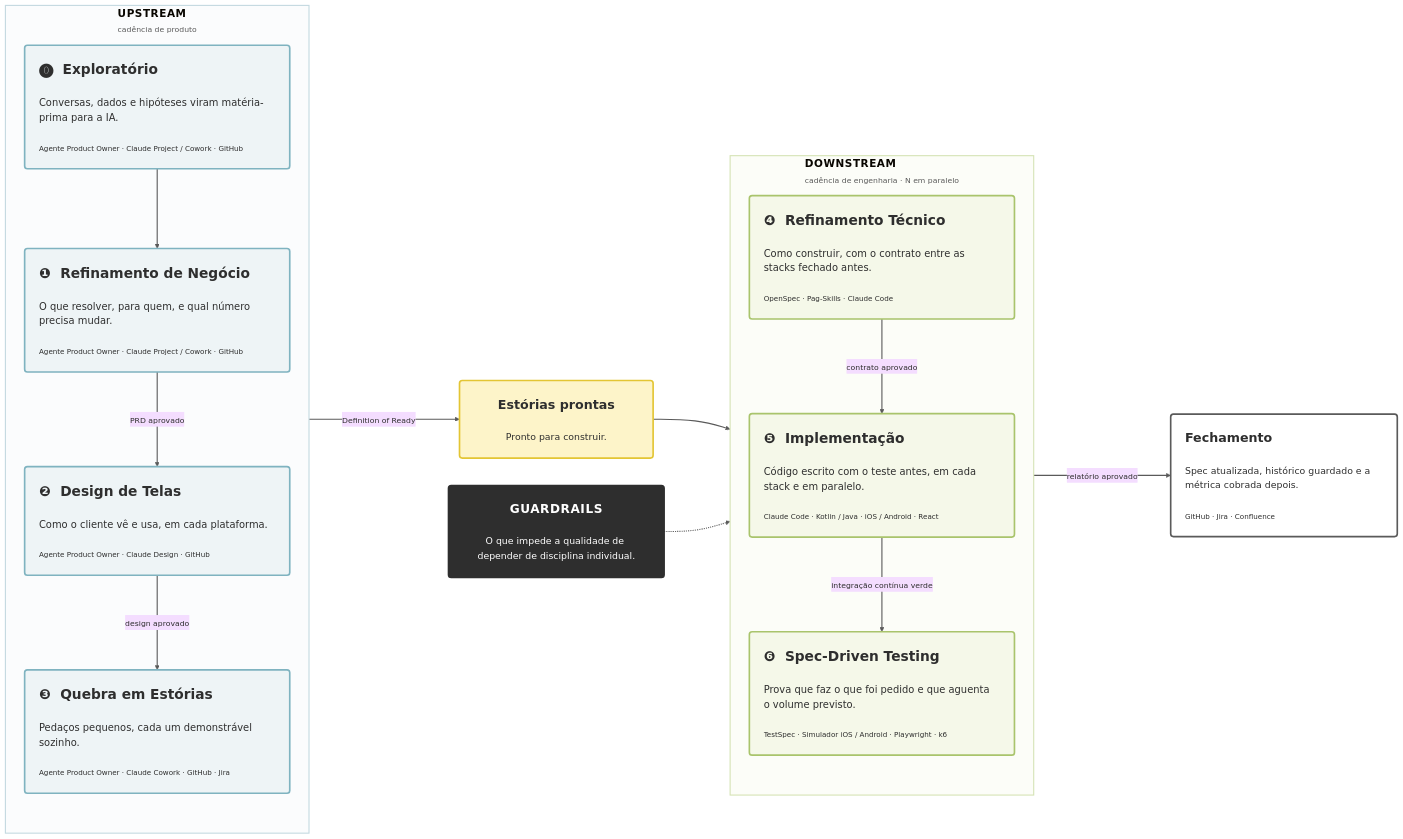
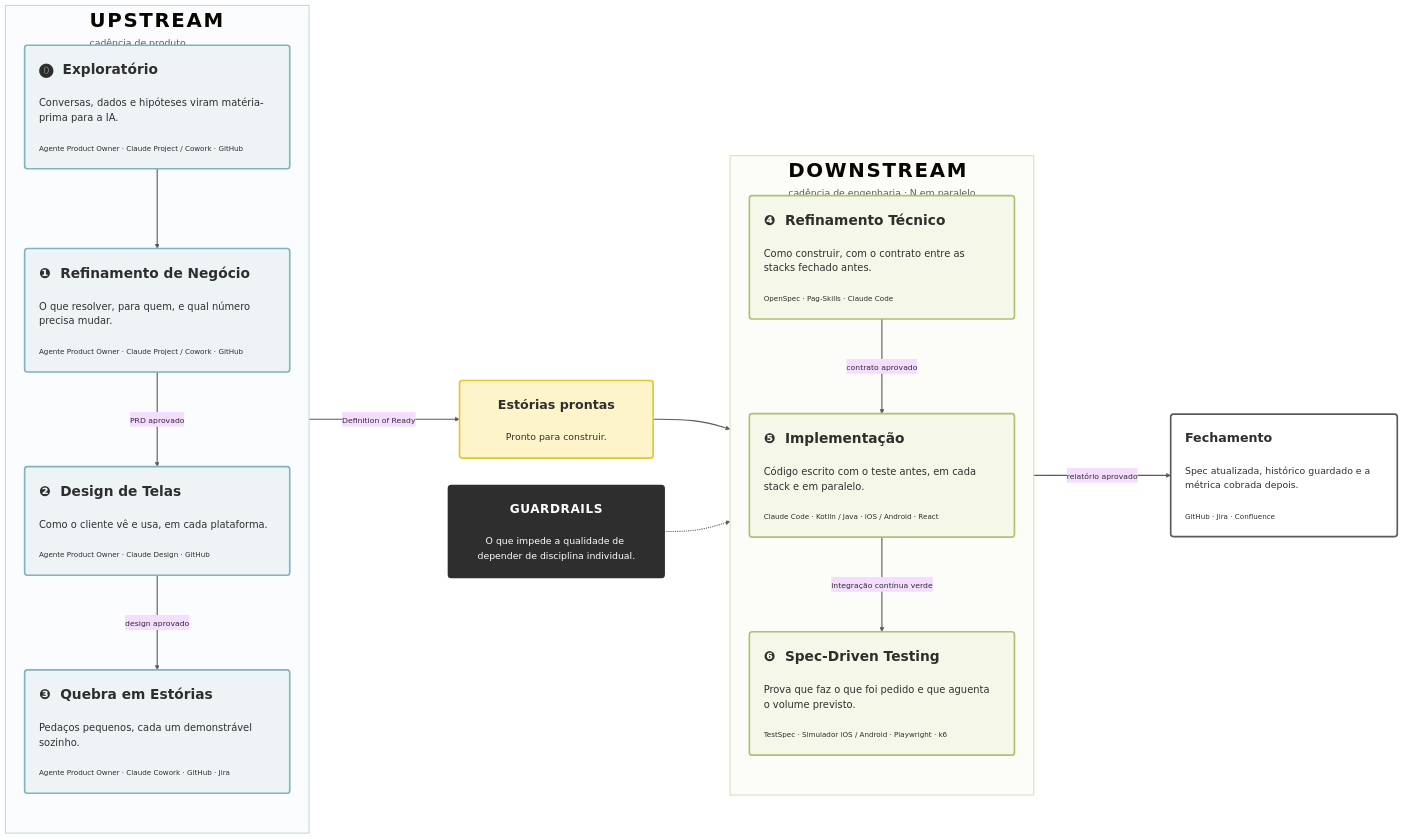
Before and after one commit to diegolirio/workflow-ai-first: the first of 5 diagrams in workflow.md, drawn with Mermaid.

````diff
--- a/workflow.md
+++ b/workflow.md
@@ -33,50 +33,50 @@
 ```mermaid
 %%{init: {"theme":"base","themeVariables":{"fontFamily":"Helvetica Neue, Helvetica, Arial, sans-serif","fontSize":"18px","lineColor":"#5A5A5A","primaryTextColor":"#2E2E2E"},"flowchart":{"htmlLabels":true,"curve":"basis","nodeSpacing":50,"rankSpacing":120,"padding":26,"useMaxWidth":false}}}%%
 flowchart LR
     classDef up fill:#EEF4F6,stroke:#7FB3C0,stroke-width:3px,color:#2E2E2E
     classDef down fill:#F5F8E9,stroke:#A9C46C,stroke-width:3px,color:#2E2E2E
     classDef queue fill:#FDF4C9,stroke:#E3C534,stroke-width:3px,color:#2E2E2E
     classDef guard fill:#2E2E2E,stroke:#2E2E2E,stroke-width:3px,color:#FFFFFF
     classDef done fill:#FFFFFF,stroke:#5A5A5A,stroke-width:3px,color:#2E2E2E
 
-    subgraph UP["<span style='font-size:19px;font-weight:700;letter-spacing:1px'>UPSTREAM</span><br/><span style='font-size:14px;color:#5A5A5A'>cadência de produto</span>"]
+    subgraph UP["<span style='font-size:36px;font-weight:800;letter-spacing:3px'>UPSTREAM</span><br/><span style='font-size:17px;color:#5A5A5A'>cadência de produto</span>"]
         direction TB
         EX("<span style='display:inline-block;width:430px;text-align:left;line-height:1.5'><span style='font-size:25px;font-weight:700'>⓿&nbsp;&nbsp;Exploratório</span><br/><br/><span style='font-size:18px'>Conversas, dados e hipóteses viram matéria-prima para a IA.</span><br/><br/><span style='font-size:13px;color:#5A5A5A'>Agente Product Owner · Claude Project / Cowork · GitHub</span></span>")
         RN("<span style='display:inline-block;width:430px;text-align:left;line-height:1.5'><span style='font-size:25px;font-weight:700'>❶&nbsp;&nbsp;Refinamento de Negócio</span><br/><br/><span style='font-size:18px'>O que resolver, para quem, e qual número precisa mudar.</span><br/><br/><span style='font-size:13px;color:#5A5A5A'>Agente Product Owner · Claude Project / Cowork · GitHub</span></span>")
         TL("<span style='display:inline-block;width:430px;text-align:left;line-height:1.5'><span style='font-size:25px;font-weight:700'>❷&nbsp;&nbsp;Design de Telas</span><br/><br/><span style='font-size:18px'>Como o cliente vê e usa, em cada plataforma.</span><br/><br/><span style='font-size:13px;color:#5A5A5A'>Agente Product Owner · Claude Design · GitHub</span></span>")
         QE("<span style='display:inline-block;width:430px;text-align:left;line-height:1.5'><span style='font-size:25px;font-weight:700'>❸&nbsp;&nbsp;Quebra em Estórias</span><br/><br/><span style='font-size:18px'>Pedaços pequenos, cada um demonstrável sozinho.</span><br/><br/><span style='font-size:13px;color:#5A5A5A'>Agente Product Owner · Claude Cowork · GitHub · Jira</span></span>")
         EX --> RN
         RN -->|"<span style='font-size:14px'>PRD aprovado</span>"| TL
         TL -->|"<span style='font-size:14px'>design aprovado</span>"| QE
     end
 
     FILA("<span style='display:inline-block;width:300px;text-align:center;line-height:1.5'><span style='font-size:23px;font-weight:700'>Estórias prontas</span><br/><br/><span style='font-size:17px'>Pronto para construir.</span></span>")
 
-    subgraph DOWN["<span style='font-size:19px;font-weight:700;letter-spacing:1px'>DOWNSTREAM</span><br/><span style='font-size:14px;color:#5A5A5A'>cadência de engenharia · N em paralelo</span>"]
+    subgraph DOWN["<span style='font-size:36px;font-weight:800;letter-spacing:3px'>DOWNSTREAM</span><br/><span style='font-size:17px;color:#5A5A5A'>cadência de engenharia · N em paralelo</span>"]
         direction TB
         RT("<span style='display:inline-block;width:430px;text-align:left;line-height:1.5'><span style='font-size:25px;font-weight:700'>❹&nbsp;&nbsp;Refinamento Técnico</span><br/><br/><span style='font-size:18px'>Como construir, com o contrato entre as stacks fechado antes.</span><br/><br/><span style='font-size:13px;color:#5A5A5A'>OpenSpec · Pag-Skills · Claude Code</span></span>")
         IMPL("<span style='display:inline-block;width:430px;text-align:left;line-height:1.5'><span style='font-size:25px;font-weight:700'>❺&nbsp;&nbsp;Implementação</span><br/><br/><span style='font-size:18px'>Código escrito com o teste antes, em cada stack e em paralelo.</span><br/><br/><span style='font-size:13px;color:#5A5A5A'>Claude Code · Kotlin / Java · iOS / Android · React</span></span>")
         TEST("<span style='display:inline-block;width:430px;text-align:left;line-height:1.5'><span style='font-size:25px;font-weight:700'>❻&nbsp;&nbsp;Spec-Driven Testing</span><br/><br/><span style='font-size:18px'>Prova que faz o que foi pedido e que aguenta o volume previsto.</span><br/><br/><span style='font-size:13px;color:#5A5A5A'>TestSpec · Simulador iOS / Android · Playwright · k6</span></span>")
         RT -->|"<span style='font-size:14px'>contrato aprovado</span>"| IMPL
         IMPL -->|"<span style='font-size:14px'>integração contínua verde</span>"| TEST
     end
 
     GR("<span style='display:inline-block;width:340px;text-align:center;line-height:1.5'><span style='font-size:22px;font-weight:700;letter-spacing:1px'>GUARDRAILS</span><br/><br/><span style='font-size:17px'>O que impede a qualidade de depender de disciplina individual.</span></span>")
 
     FIM("<span style='display:inline-block;width:360px;text-align:left;line-height:1.5'><span style='font-size:23px;font-weight:700'>Fechamento</span><br/><br/><span style='font-size:17px'>Spec atualizada, histórico guardado e a métrica cobrada depois.</span><br/><br/><span style='font-size:13px;color:#5A5A5A'>GitHub · Jira · Confluence</span></span>")
 
     QE -->|"<span style='font-size:14px'>Definition of Ready</span>"| FILA
     FILA --> RT
     TEST -->|"<span style='font-size:14px'>relatório aprovado</span>"| FIM
     GR -.-> DOWN
 
     class EX,RN,TL,QE up
     class RT,IMPL,TEST down
     class FILA queue
     class GR guard
     class FIM done
 
     style UP fill:#FBFCFD,stroke:#C4D9E0,stroke-width:2px
     style DOWN fill:#FCFDF8,stroke:#D5E3B4,stroke-width:2px
     linkStyle default stroke:#5A5A5A,stroke-width:2px
 ```
````
